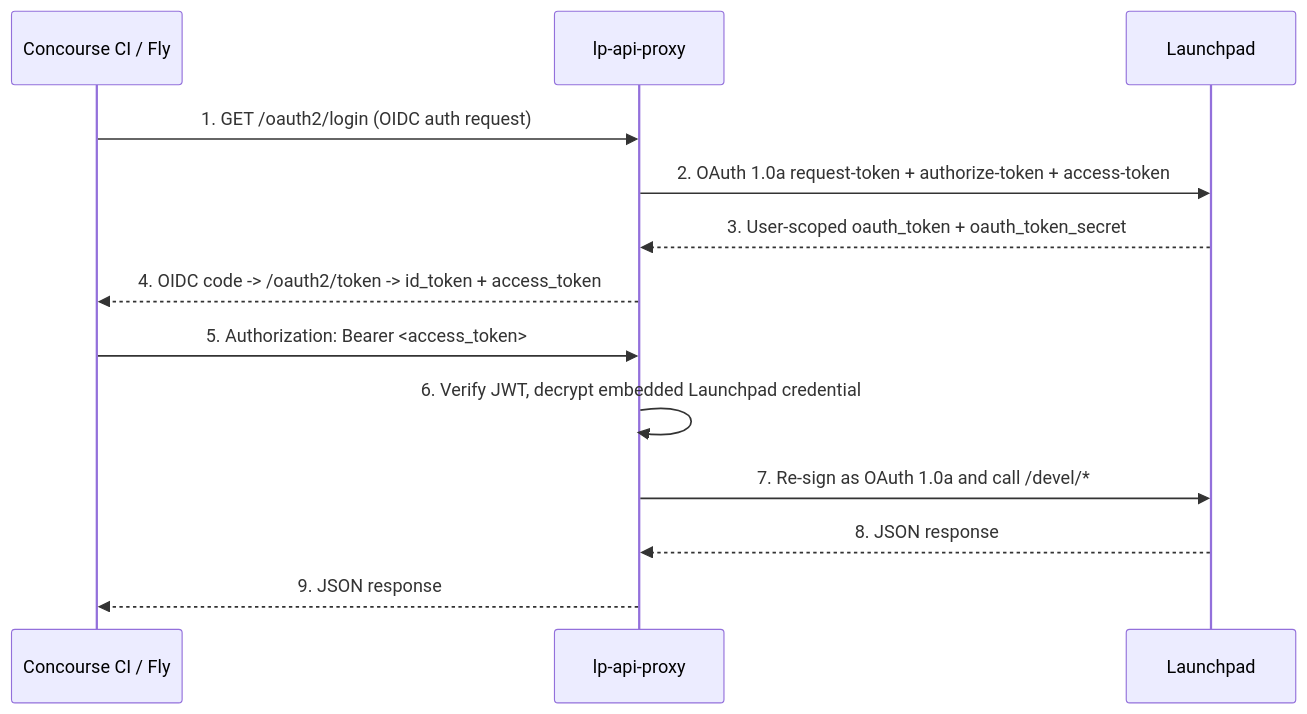
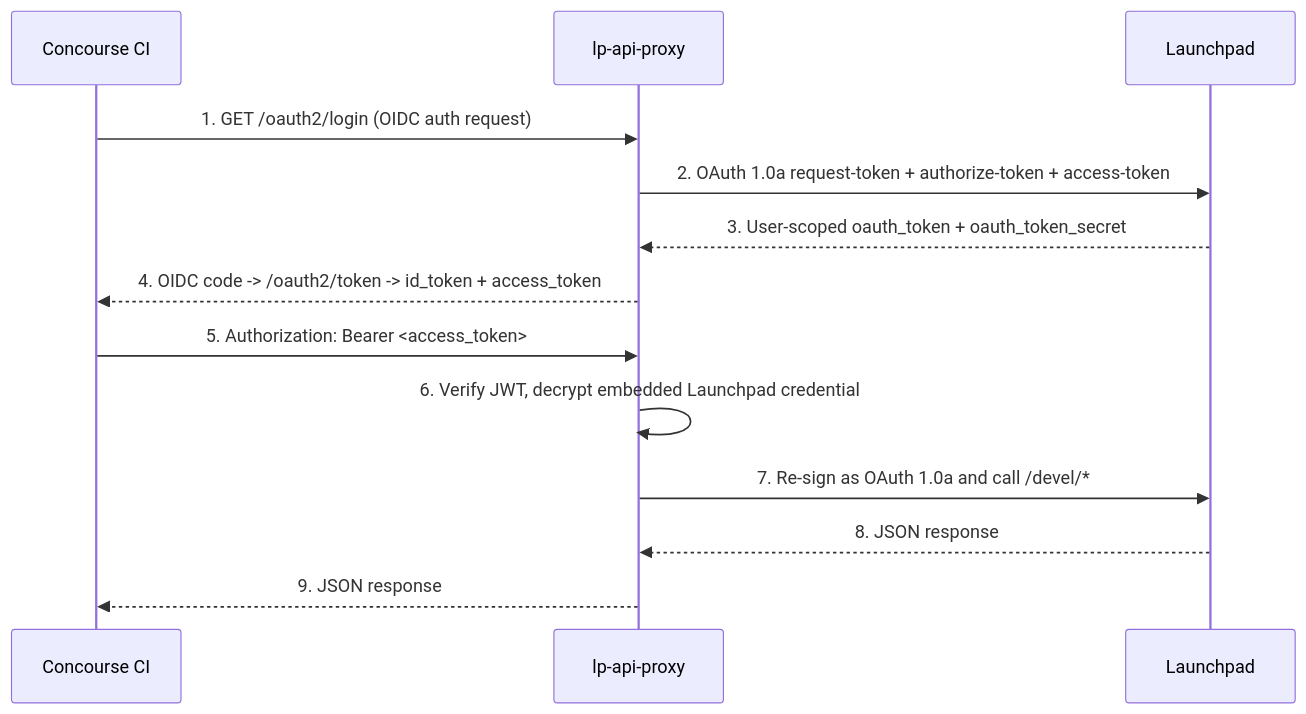
Before and after one commit to fourdollars/lp-api-proxy: the diagram in README.md, drawn with Mermaid. The commit also changed other lines of this file, not shown here.

First line of the commit message:
Refine README for Concourse CI and CharmHub deployment flow

````diff
--- a/README.md
+++ b/README.md
@@ -21,16 +28,16 @@
 ```mermaid
 sequenceDiagram
-    participant CI as Concourse CI / Fly
+    participant CI as Concourse CI
     participant Proxy as lp-api-proxy
     participant LP as Launchpad
 
     CI->>Proxy: 1. GET /oauth2/login (OIDC auth request)
     Proxy->>LP: 2. OAuth 1.0a request-token + authorize-token + access-token
     LP-->>Proxy: 3. User-scoped oauth_token + oauth_token_secret
     Proxy-->>CI: 4. OIDC code -> /oauth2/token -> id_token + access_token
     CI->>Proxy: 5. Authorization: Bearer <access_token>
     Proxy->>Proxy: 6. Verify JWT, decrypt embedded Launchpad credential
     Proxy->>LP: 7. Re-sign as OAuth 1.0a and call /devel/*
     LP-->>Proxy: 8. JSON response
     Proxy-->>CI: 9. JSON response
 ```
````
